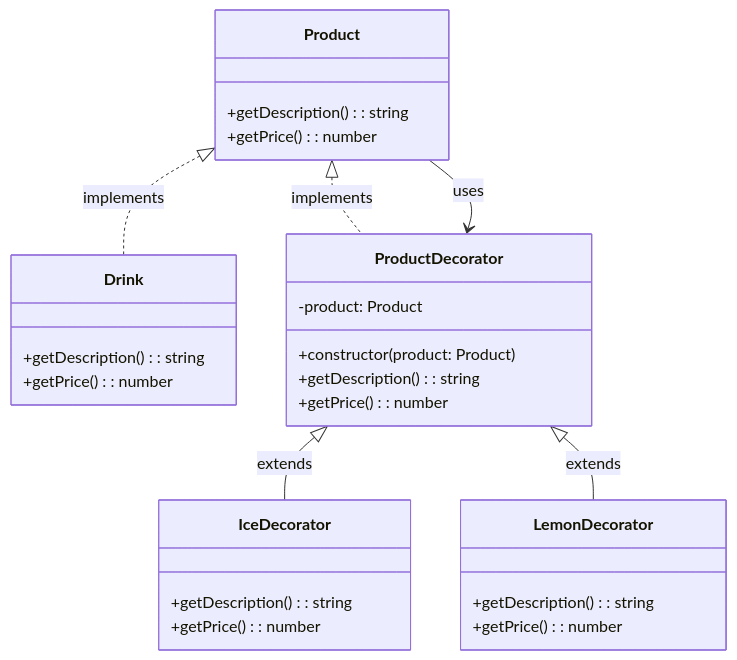
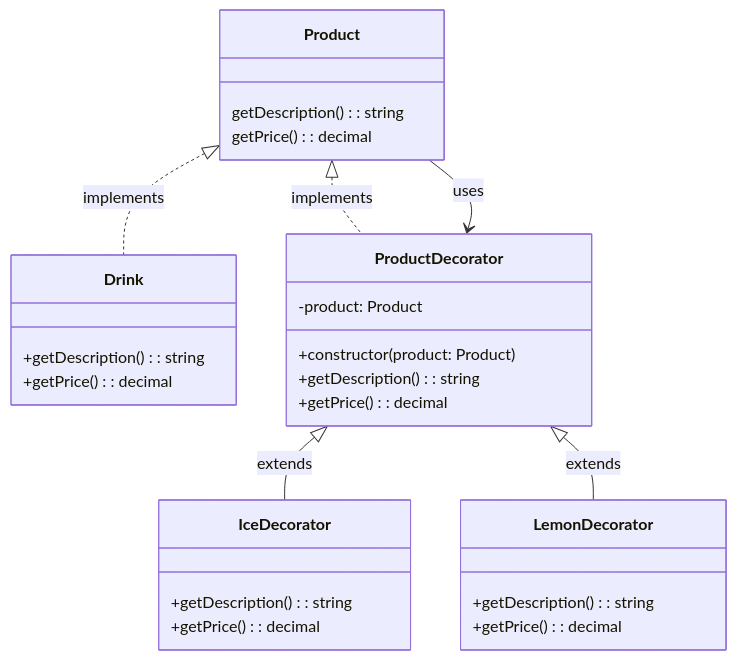
Before and after one commit to k0perX-X/HSE_PAPS: the seventh of 12 diagrams in Lab Work №6/docs/README.md, drawn with Mermaid. The commit also changed other lines of this file, not shown here.

````diff
--- a/Lab Work №6/docs/README.md
+++ b/Lab Work №6/docs/README.md
@@ -423,35 +514,35 @@
 ```mermaid
 classDiagram
     class Product {
-        +getDescription(): string
-        +getPrice(): number
+        getDescription(): string
+        getPrice(): decimal
     }
 
     class Drink {
         +getDescription(): string
-        +getPrice(): number
+        +getPrice(): decimal
     }
 
     class ProductDecorator {
         -product: Product
         +constructor(product: Product)
         +getDescription(): string
-        +getPrice(): number
+        +getPrice(): decimal
     }
 
     class IceDecorator {
         +getDescription(): string
-        +getPrice(): number
+        +getPrice(): decimal
     }
 
     class LemonDecorator {
         +getDescription(): string
-        +getPrice(): number
+        +getPrice(): decimal
     }
 
     Product <|.. Drink : implements
     Product <|.. ProductDecorator : implements
     ProductDecorator <|-- IceDecorator : extends
     ProductDecorator <|-- LemonDecorator : extends
     Product --> ProductDecorator : uses
 ```
````
